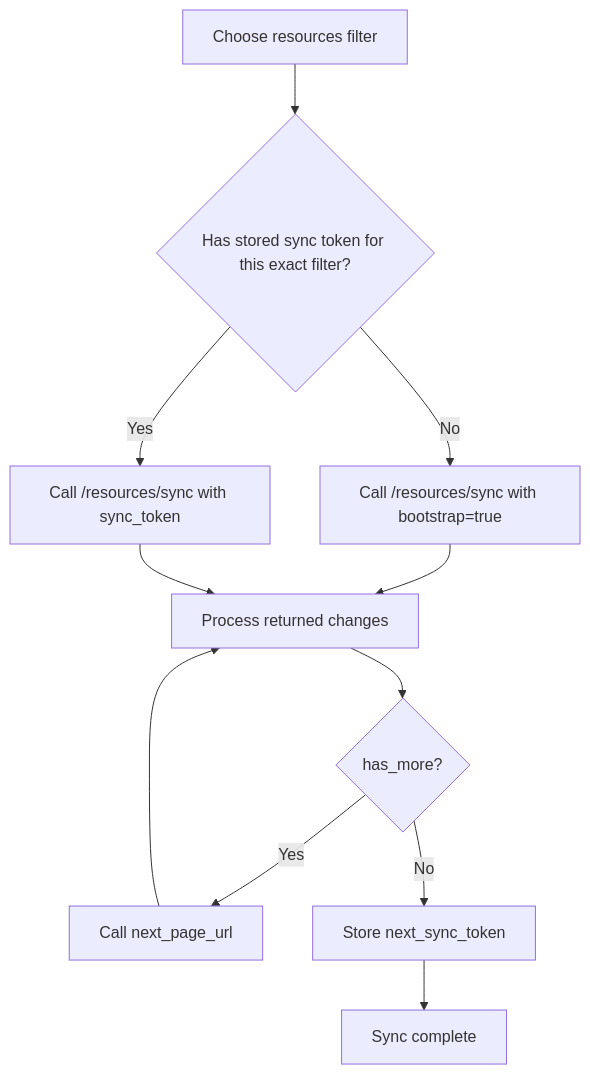
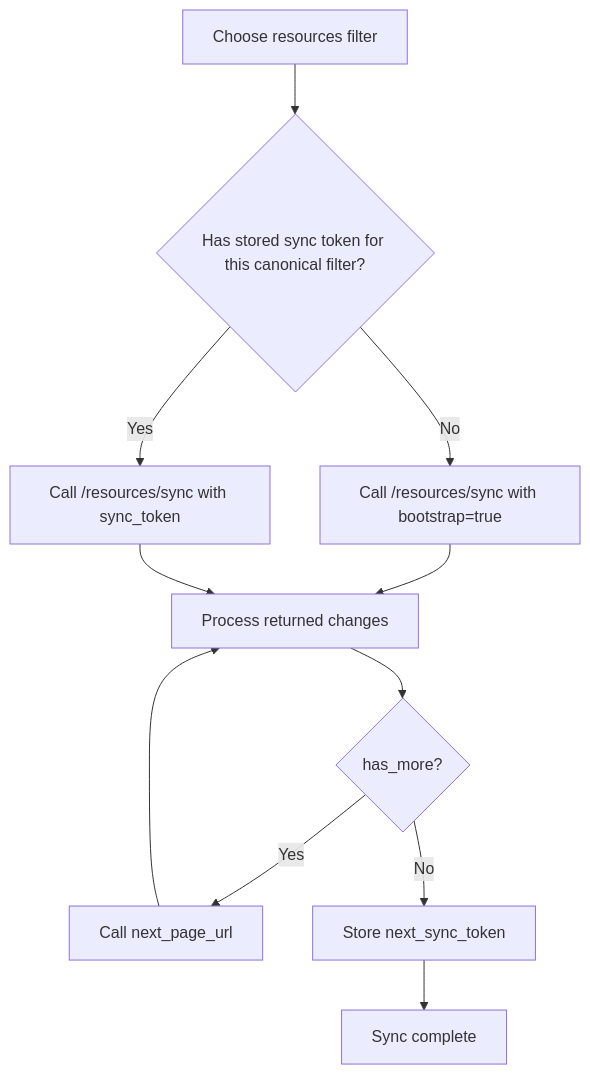
The first of 3 diagrams in docs/tutorials/content-sync/client-flow.mdx (quran/qf-api-docs), drawn with Mermaid before and after one commit. The commit also changed other lines of this file and 544 other files, not shown here.

````diff
--- a/docs/tutorials/content-sync/client-flow.mdx
+++ b/docs/tutorials/content-sync/client-flow.mdx
@@ -14,13 +14,13 @@
 ```mermaid
 flowchart TD
-    A["Choose resources filter"] --> B{"Has stored sync token for this exact filter?"}
+    A["Choose resources filter"] --> B{"Has stored sync token for this canonical filter?"}
     B -->|"No"| C["Call /resources/sync with bootstrap=true"]
     B -->|"Yes"| D["Call /resources/sync with sync_token"]
     C --> E["Process returned changes"]
     D --> E
     E --> F{"has_more?"}
     F -->|"Yes"| G["Call next_page_url"]
     G --> E
     F -->|"No"| H["Store next_sync_token"]
     H --> I["Sync complete"]
 ```
````
